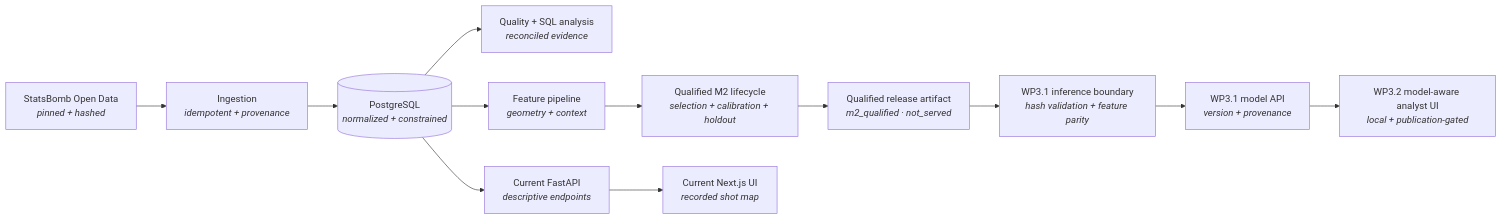
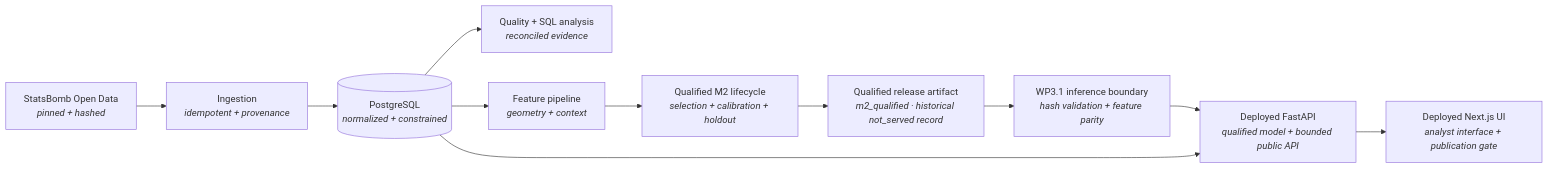
The diagram in README.md (utkuvibing/touchline-intelligence), drawn with Mermaid before and after one commit. The commit also changed other lines of this file and 4 other files, not shown here.

````diff
--- a/README.md
+++ b/README.md
@@ -153,17 +150,15 @@
 ```mermaid
 flowchart LR
     SB["StatsBomb Open Data<br/><i>pinned + hashed</i>"] --> ING["Ingestion<br/><i>idempotent + provenance</i>"]
     ING --> PG[("PostgreSQL<br/><i>normalized + constrained</i>")]
 
     PG --> QA["Quality + SQL analysis<br/><i>reconciled evidence</i>"]
     PG --> FEAT["Feature pipeline<br/><i>geometry + context</i>"]
     FEAT --> LIFE["Qualified M2 lifecycle<br/><i>selection + calibration + holdout</i>"]
-    LIFE --> ART["Qualified release artifact<br/><i>m2_qualified · not_served</i>"]
-
-    PG --> API["Current FastAPI<br/><i>descriptive endpoints</i>"]
-    API --> WEB["Current Next.js UI<br/><i>recorded shot map</i>"]
+    LIFE --> ART["Qualified release artifact<br/><i>m2_qualified · historical not_served record</i>"]
 
     ART --> INF["WP3.1 inference boundary<br/><i>hash validation + feature parity</i>"]
-    INF --> PAPI["WP3.1 model API<br/><i>version + provenance</i>"]
-    PAPI --> MWEB["WP3.2 model-aware analyst UI<br/><i>local + publication-gated</i>"]
+    INF --> API["Deployed FastAPI<br/><i>qualified model + bounded public API</i>"]
+    PG --> API
+    API --> WEB["Deployed Next.js UI<br/><i>analyst interface + publication gate</i>"]
 ```
````
